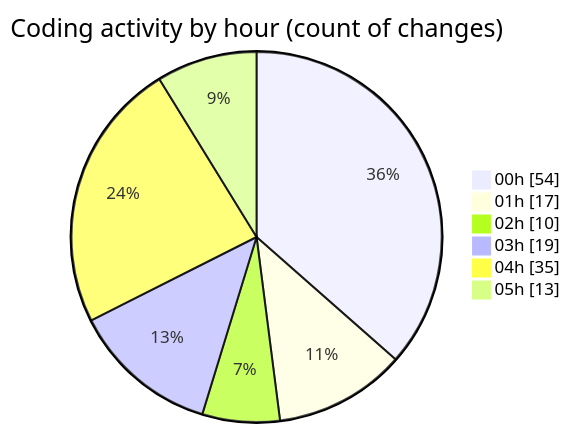
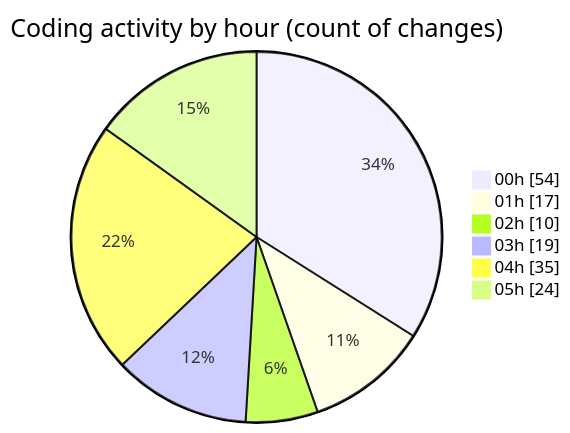
One commit to lephambinh05/code-tracking changed the second of 2 diagrams in 2025-07-26/quanlyrapchieuphim-1/README.md. Above: the diagram before and after it, drawn with Mermaid. The commit also changed other lines of this file and 1 other file, not shown here.

````diff
--- a/2025-07-26/quanlyrapchieuphim-1/README.md
+++ b/2025-07-26/quanlyrapchieuphim-1/README.md
@@ -52,10 +52,10 @@
 ```mermaid
 pie showData
 title Coding activity by hour (count of changes)
 "00h" : 54
 "01h" : 17
 "02h" : 10
 "03h" : 19
 "04h" : 35
-"05h" : 13
+"05h" : 24
 ```
````
